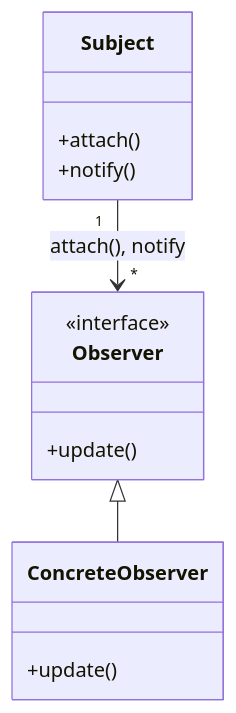
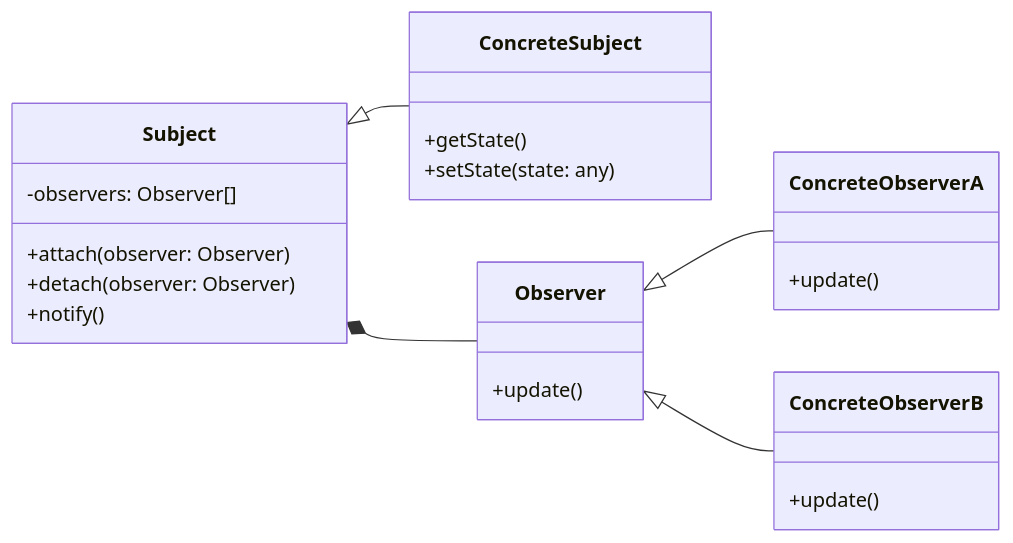
The fifth of 5 diagrams in docs/aulas/05-projeto_orientado_objetos/3-design-pattern.md (jacksonpradolima/poo), drawn with Mermaid before and after one commit. The commit also changed other lines of this file, not shown here.

Commit message:
feat: Adiciona explicações e diagramas UML para os padrões Singleton, Strategy e Observer

````diff
--- a/docs/aulas/05-projeto_orientado_objetos/3-design-pattern.md
+++ b/docs/aulas/05-projeto_orientado_objetos/3-design-pattern.md
@@ -258,21 +291,28 @@
 ```mermaid
 classDiagram
-    %% --- Classes / interface ---
-    class Subject {
-        +attach()
-        +notify()
-    }
+direction LR
 
-    class Observer {
-        <<interface>>
-        +update()
-    }
-
-    class ConcreteObserver {
-        +update()
-    }
-
-    %% --- Relações ---
-    Subject "1" --> "*" Observer : attach(), notify
-    Observer <|-- ConcreteObserver
+Subject <|-- ConcreteSubject
+Subject *-- Observer
+Observer <|-- ConcreteObserverA
+Observer <|-- ConcreteObserverB
+  class Subject{
+    -observers: Observer[]
+    +attach(observer: Observer)
+    +detach(observer: Observer)
+    +notify()
+  }
+  class ConcreteSubject{
+    +getState()
+    +setState(state: any)
+  }
+  class Observer{
+    +update()
+  }
+  class ConcreteObserverA{
+    +update()
+  }
+  class ConcreteObserverB{
+    +update()
+  }
 ```
````
